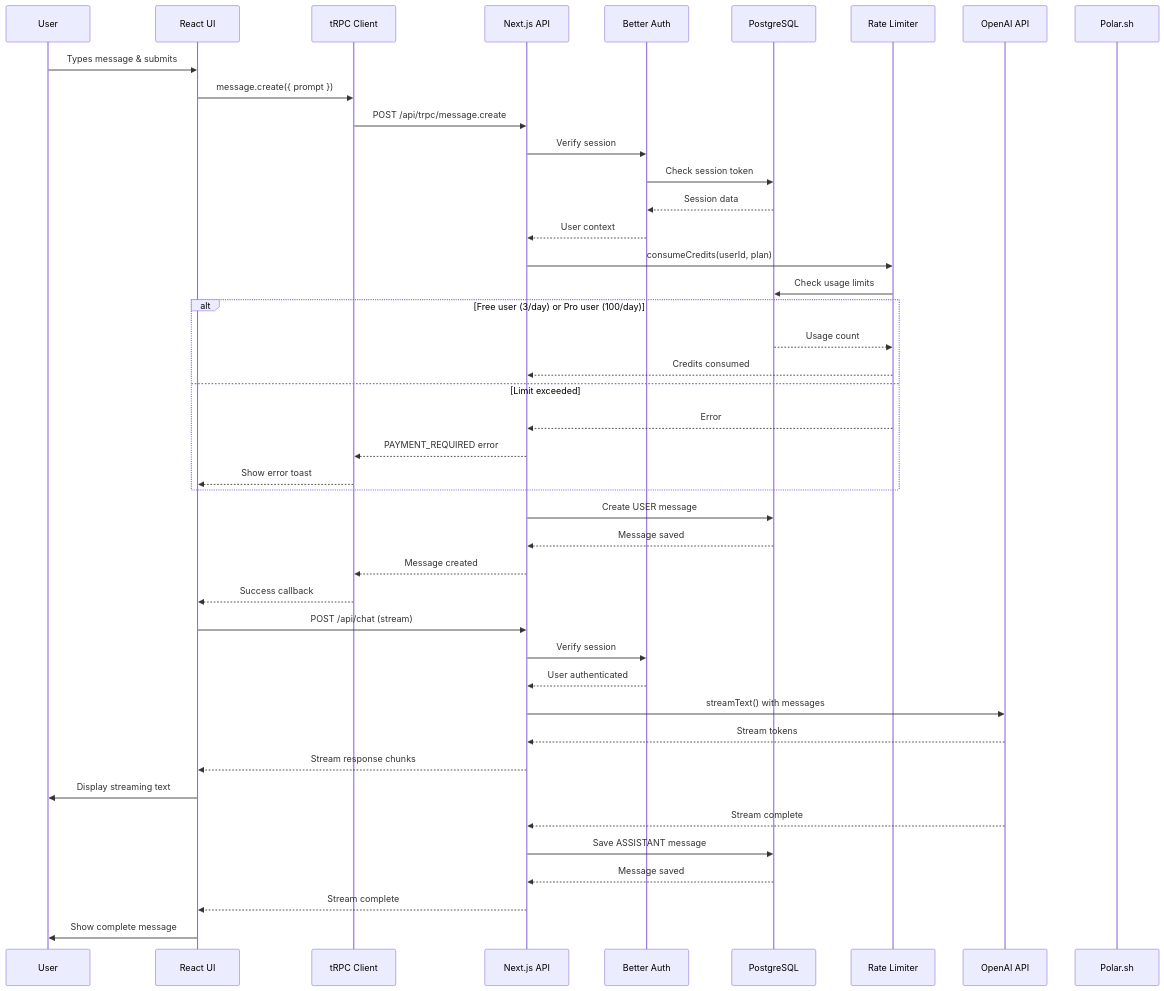
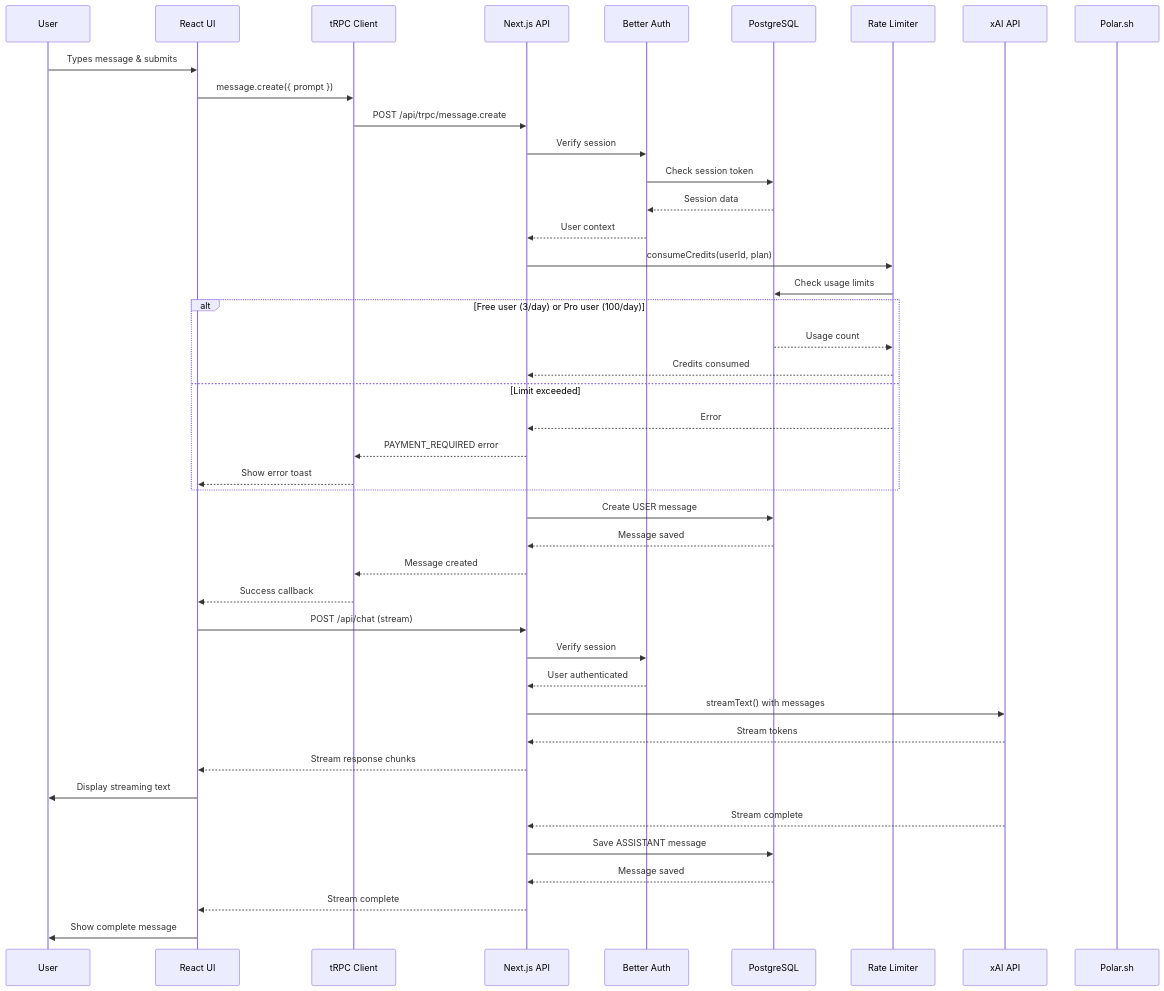
The first of 3 diagrams in README.md (nilavtalukdar06/chatbot), drawn with Mermaid before and after one commit. The commit also changed other lines of this file, not shown here.

````diff
--- a/README.md
+++ b/README.md
@@ -134,50 +134,50 @@
 ```mermaid
 sequenceDiagram
     participant User
     participant UI as React UI
     participant tRPC as tRPC Client
     participant API as Next.js API
     participant Auth as Better Auth
     participant DB as PostgreSQL
     participant RateLimiter as Rate Limiter
-    participant OpenAI as OpenAI API
+    participant xAI as xAI API
     participant Polar as Polar.sh
 
     User->>UI: Types message & submits
     UI->>tRPC: message.create({ prompt })
     tRPC->>API: POST /api/trpc/message.create
     API->>Auth: Verify session
     Auth->>DB: Check session token
     DB-->>Auth: Session data
     Auth-->>API: User context
     
     API->>RateLimiter: consumeCredits(userId, plan)
     RateLimiter->>DB: Check usage limits
     alt Free user (3/day) or Pro user (100/day)
         DB-->>RateLimiter: Usage count
         RateLimiter-->>API: Credits consumed
     else Limit exceeded
         RateLimiter-->>API: Error
         API-->>tRPC: PAYMENT_REQUIRED error
         tRPC-->>UI: Show error toast
     end
     
     API->>DB: Create USER message
     DB-->>API: Message saved
     API-->>tRPC: Message created
     tRPC-->>UI: Success callback
     
     UI->>API: POST /api/chat (stream)
     API->>Auth: Verify session
     Auth-->>API: User authenticated
-    API->>OpenAI: streamText() with messages
-    OpenAI-->>API: Stream tokens
+    API->>xAI: streamText() with messages
+    xAI-->>API: Stream tokens
     API-->>UI: Stream response chunks
     UI->>User: Display streaming text
     
-    OpenAI-->>API: Stream complete
+    xAI-->>API: Stream complete
     API->>DB: Save ASSISTANT message
     DB-->>API: Message saved
     API-->>UI: Stream complete
     UI->>User: Show complete message
 ```
````
